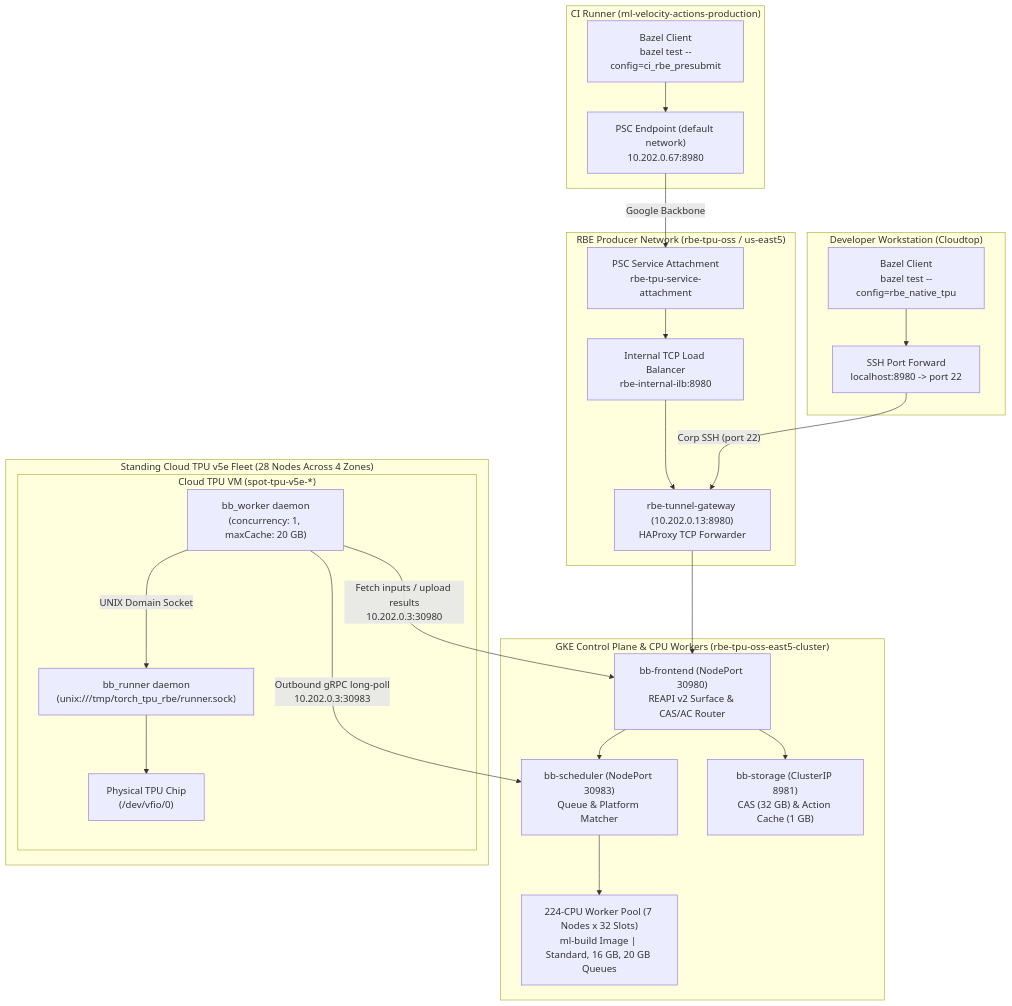
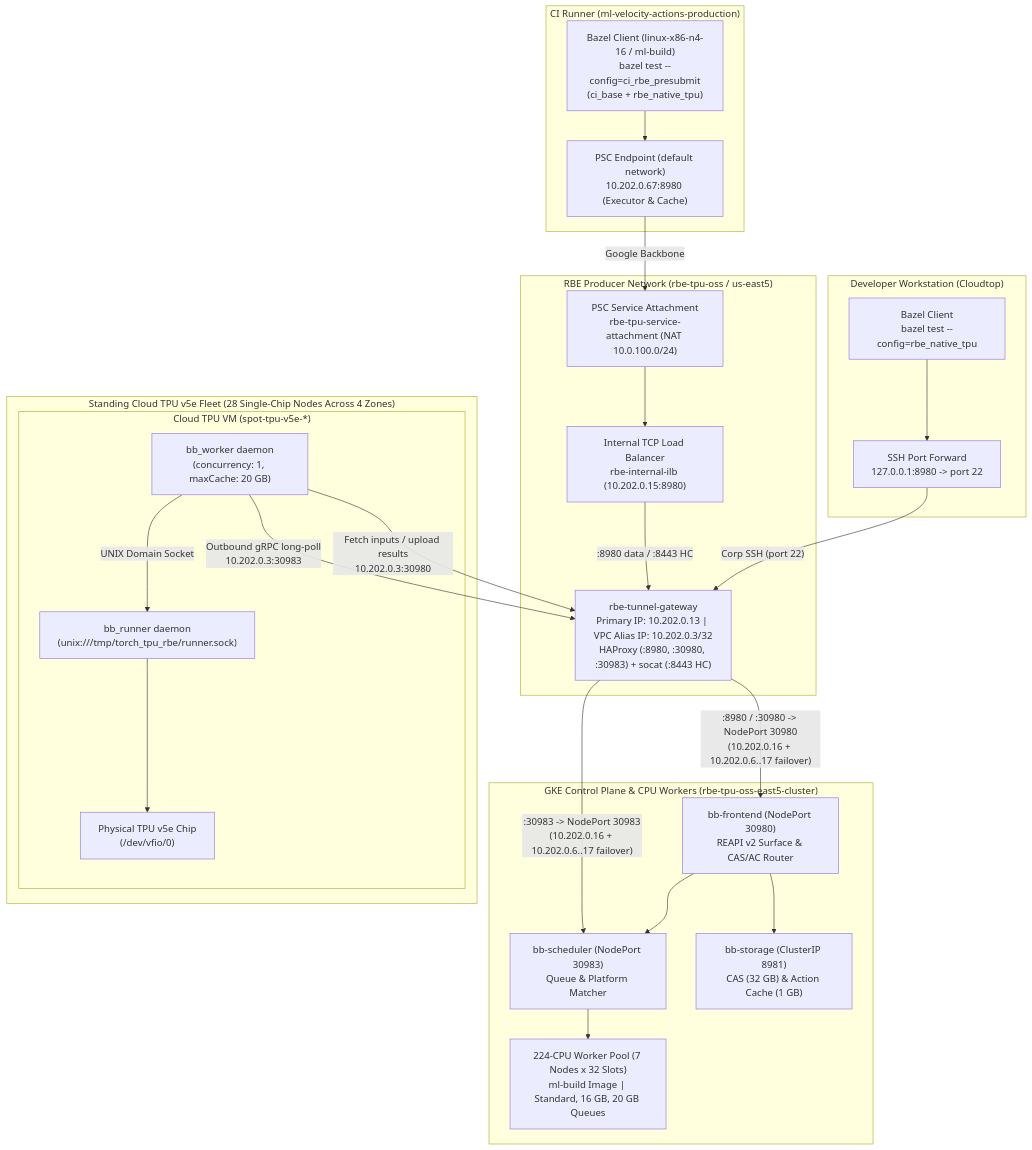
Before and after one commit to google-pytorch/torch_tpu: the diagram in docs/developers/native_rbe_architecture.md, drawn with Mermaid. The commit also changed other lines of this file, not shown here.

Commit message:
Update Mermaid architecture diagram to show gateway alias IP and HAProxy failover

````diff
--- a/docs/developers/native_rbe_architecture.md
+++ b/docs/developers/native_rbe_architecture.md
@@ -32,50 +32,51 @@
 ```mermaid
 flowchart TD
     subgraph CIRunner ["CI Runner (ml-velocity-actions-production)"]
-        BazelCI["Bazel Client<br/>bazel test --config=ci_rbe_presubmit"]
-        PSCEndpoint["PSC Endpoint (default network)<br/>10.202.0.67:8980"]
+        BazelCI["Bazel Client (linux-x86-n4-16 / ml-build)<br/>bazel test --config=ci_rbe_presubmit<br/>(ci_base + rbe_native_tpu)"]
+        PSCEndpoint["PSC Endpoint (default network)<br/>10.202.0.67:8980 (Executor & Cache)"]
         BazelCI --> PSCEndpoint
     end
 
     subgraph DevClient ["Developer Workstation (Cloudtop)"]
         BazelDev["Bazel Client<br/>bazel test --config=rbe_native_tpu"]
-        SSHTunnel["SSH Port Forward<br/>localhost:8980 -> port 22"]
+        SSHTunnel["SSH Port Forward<br/>127.0.0.1:8980 -> port 22"]
         BazelDev --> SSHTunnel
     end
 
     subgraph ProducerVPC ["RBE Producer Network (rbe-tpu-oss / us-east5)"]
-        PSCSA["PSC Service Attachment<br/>rbe-tpu-service-attachment"]
-        ILB["Internal TCP Load Balancer<br/>rbe-internal-ilb:8980"]
-        GW["rbe-tunnel-gateway (10.202.0.13:8980)<br/>HAProxy TCP Forwarder"]
+        PSCSA["PSC Service Attachment<br/>rbe-tpu-service-attachment (NAT 10.0.100.0/24)"]
+        ILB["Internal TCP Load Balancer<br/>rbe-internal-ilb (10.202.0.15:8980)"]
+        GW["rbe-tunnel-gateway<br/>Primary IP: 10.202.0.13 | VPC Alias IP: 10.202.0.3/32<br/>HAProxy (:8980, :30980, :30983) + socat (:8443 HC)"]
 
         PSCEndpoint -->|"Google Backbone"| PSCSA
         PSCSA --> ILB
-        ILB --> GW
+        ILB -->|":8980 data / :8443 HC"| GW
         SSHTunnel -->|"Corp SSH (port 22)"| GW
     end
 
     subgraph ControlPlane ["GKE Control Plane & CPU Workers (rbe-tpu-oss-east5-cluster)"]
         FE["bb-frontend (NodePort 30980)<br/>REAPI v2 Surface & CAS/AC Router"]
         SCHED["bb-scheduler (NodePort 30983)<br/>Queue & Platform Matcher"]
         STOR["bb-storage (ClusterIP 8981)<br/>CAS (32 GB) & Action Cache (1 GB)"]
         CPUWorkers["224-CPU Worker Pool (7 Nodes x 32 Slots)<br/>ml-build Image | Standard, 16 GB, 20 GB Queues"]
 
-        GW --> FE
+        GW -->|":8980 / :30980 -> NodePort 30980<br/>(10.202.0.16 + 10.202.0.6..17 failover)"| FE
+        GW -->|":30983 -> NodePort 30983<br/>(10.202.0.16 + 10.202.0.6..17 failover)"| SCHED
         FE --> SCHED
         FE --> STOR
         SCHED --> CPUWorkers
     end
 
-    subgraph Fleet ["Standing Cloud TPU v5e Fleet (28 Nodes Across 4 Zones)"]
+    subgraph Fleet ["Standing Cloud TPU v5e Fleet (28 Single-Chip Nodes Across 4 Zones)"]
         subgraph Node ["Cloud TPU VM (spot-tpu-v5e-*)"]
             Worker["bb_worker daemon<br/>(concurrency: 1, maxCache: 20 GB)"]
             Runner["bb_runner daemon<br/>(unix:///tmp/torch_tpu_rbe/runner.sock)"]
-            Hardware["Physical TPU Chip<br/>(/dev/vfio/0)"]
+            Hardware["Physical TPU v5e Chip<br/>(/dev/vfio/0)"]
 
-            Worker -->|"Outbound gRPC long-poll<br/>10.202.0.3:30983"| SCHED
-            Worker -->|"Fetch inputs / upload results<br/>10.202.0.3:30980"| FE
+            Worker -->|"Outbound gRPC long-poll<br/>10.202.0.3:30983"| GW
+            Worker -->|"Fetch inputs / upload results<br/>10.202.0.3:30980"| GW
             Worker -->|"UNIX Domain Socket"| Runner
             Runner --> Hardware
         end
     end
 ```
````
